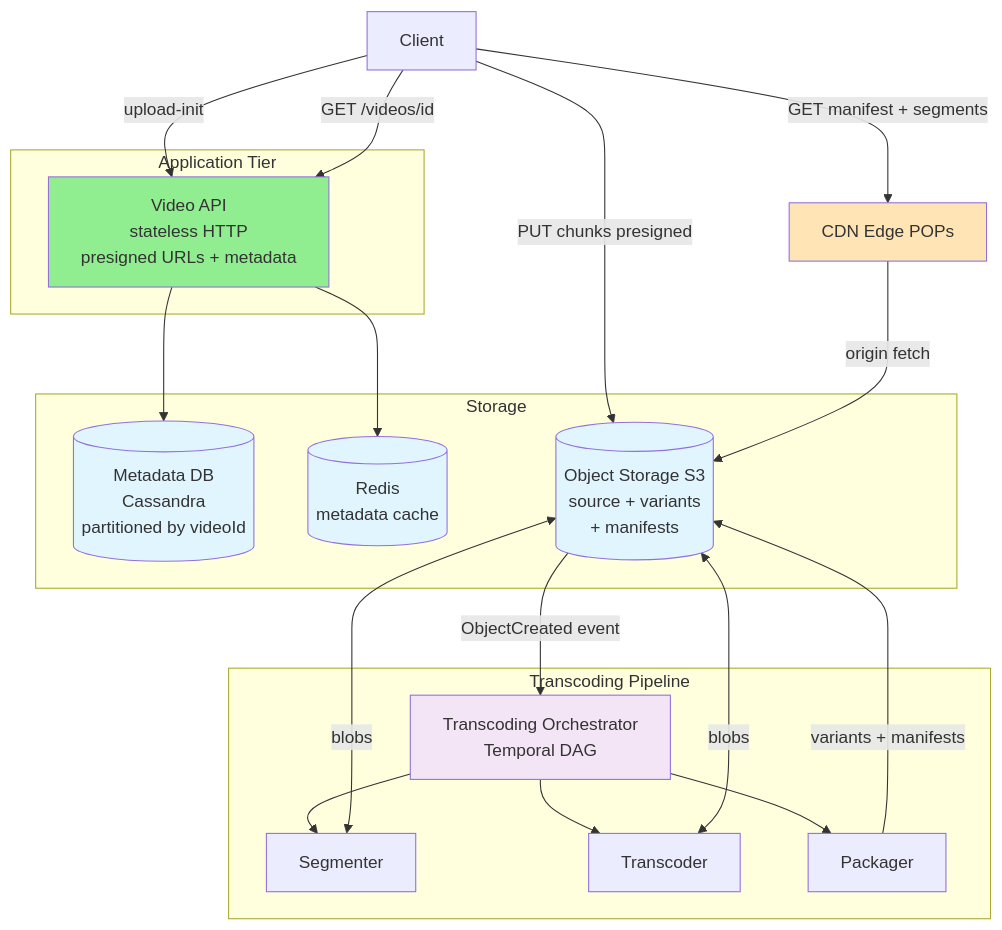
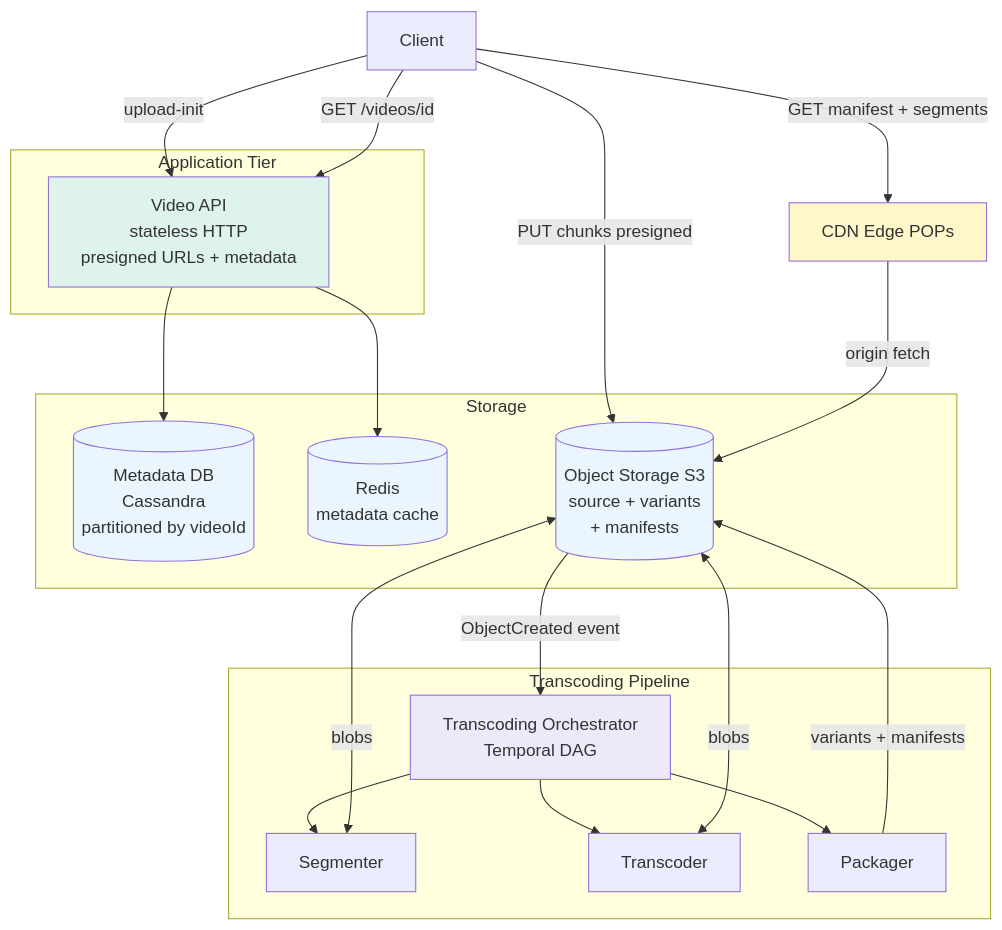
Before and after one commit to cartmancodes/InterviewVault: the first of 7 diagrams in LLD/questions/Design YouTube.md, drawn with Mermaid. The commit also changed other lines of this file and 679 other files, not shown here.

Commit message:
Unify content diagrams and add accessible visual walkthroughs

````diff
--- a/LLD/questions/Design YouTube.md
+++ b/LLD/questions/Design YouTube.md
@@ -124,45 +124,45 @@
 ```mermaid
 graph TB
     CLIENT[Client]
 
     subgraph "Application Tier"
         API[Video API<br/>stateless HTTP<br/>presigned URLs + metadata]
     end
 
     subgraph "Transcoding Pipeline"
         ORCH[Transcoding Orchestrator<br/>Temporal DAG]
         SEG[Segmenter]
         TRANS[Transcoder]
         PKG[Packager]
     end
 
     subgraph "Storage"
         META[(Metadata DB<br/>Cassandra<br/>partitioned by videoId)]
         CACHE[(Redis<br/>metadata cache)]
         S3[(Object Storage S3<br/>source + variants<br/>+ manifests)]
     end
 
     CDN[CDN Edge POPs]
 
     CLIENT -->|upload-init| API
     API --> META
     API --> CACHE
     CLIENT -->|PUT chunks presigned| S3
     S3 -->|ObjectCreated event| ORCH
     ORCH --> SEG
     ORCH --> TRANS
     ORCH --> PKG
     SEG <-->|blobs| S3
     TRANS <-->|blobs| S3
     PKG -->|variants + manifests| S3
     CLIENT -->|GET /videos/id| API
     CLIENT -->|GET manifest + segments| CDN
     CDN -->|origin fetch| S3
 
-    style META fill:#e1f5ff
-    style CACHE fill:#e1f5ff
-    style S3 fill:#e1f5ff
-    style ORCH fill:#f3e5f5
-    style CDN fill:#FFE4B5
-    style API fill:#90EE90
+    style META fill:#EAF5FD
+    style CACHE fill:#EAF5FD
+    style S3 fill:#EAF5FD
+    style ORCH fill:#EDE8FA
+    style CDN fill:#FFF6C9
+    style API fill:#DDF3EC
 ```
````
